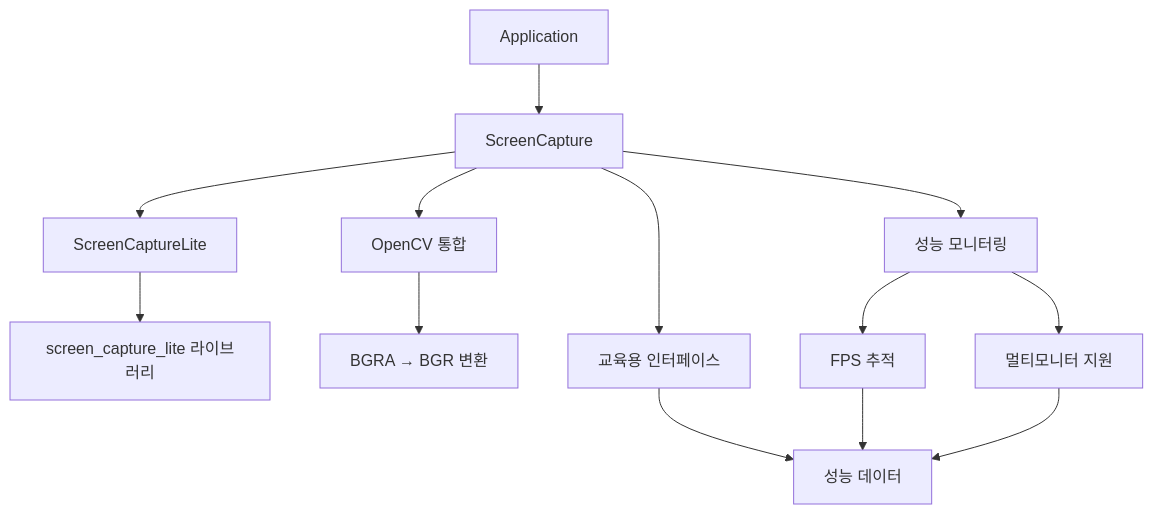
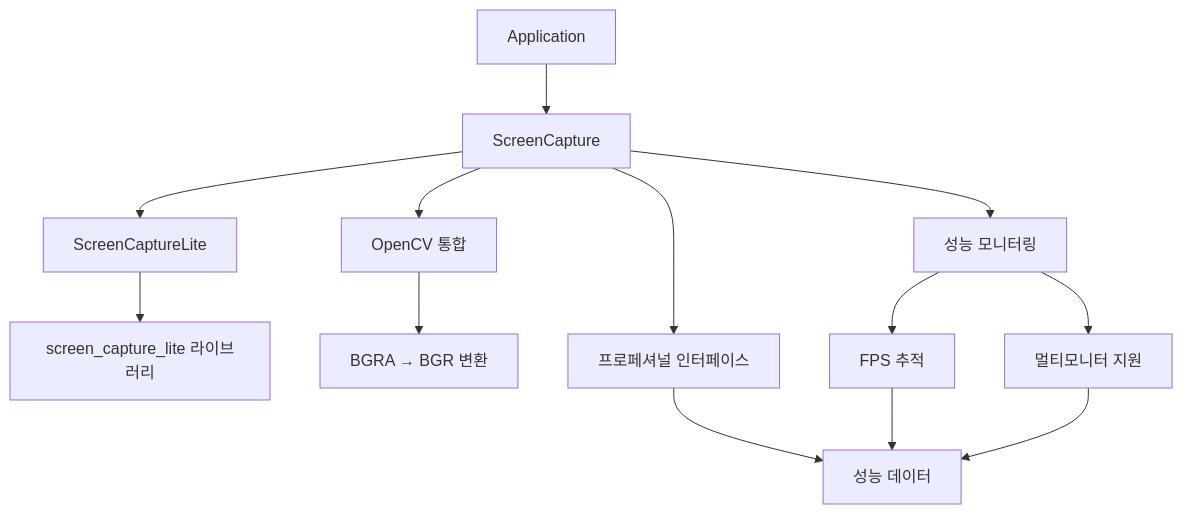
One commit to NAMUORI00/display-share changed the diagram in ScreenMonitor/README.md. Above: the diagram before and after it, drawn with Mermaid. The commit also changed other lines of this file and 4 other files, not shown here.

````diff
--- a/ScreenMonitor/README.md
+++ b/ScreenMonitor/README.md
@@ -486,15 +486,15 @@
 ```mermaid
 graph TD
     A[Application] --> B[ScreenCapture]
     B --> C[ScreenCaptureLite]
     C --> D[screen_capture_lite 라이브러리]
     B --> E[OpenCV 통합]
     E --> F[BGRA → BGR 변환]
     B --> G[성능 모니터링]
     G --> H[FPS 추적]
     G --> I[멀티모니터 지원]
-    B --> J[교육용 인터페이스]
+    B --> J[프로페셔널 인터페이스]
     J --> K[성능 데이터]
     H --> K
     I --> K
 ```
````
